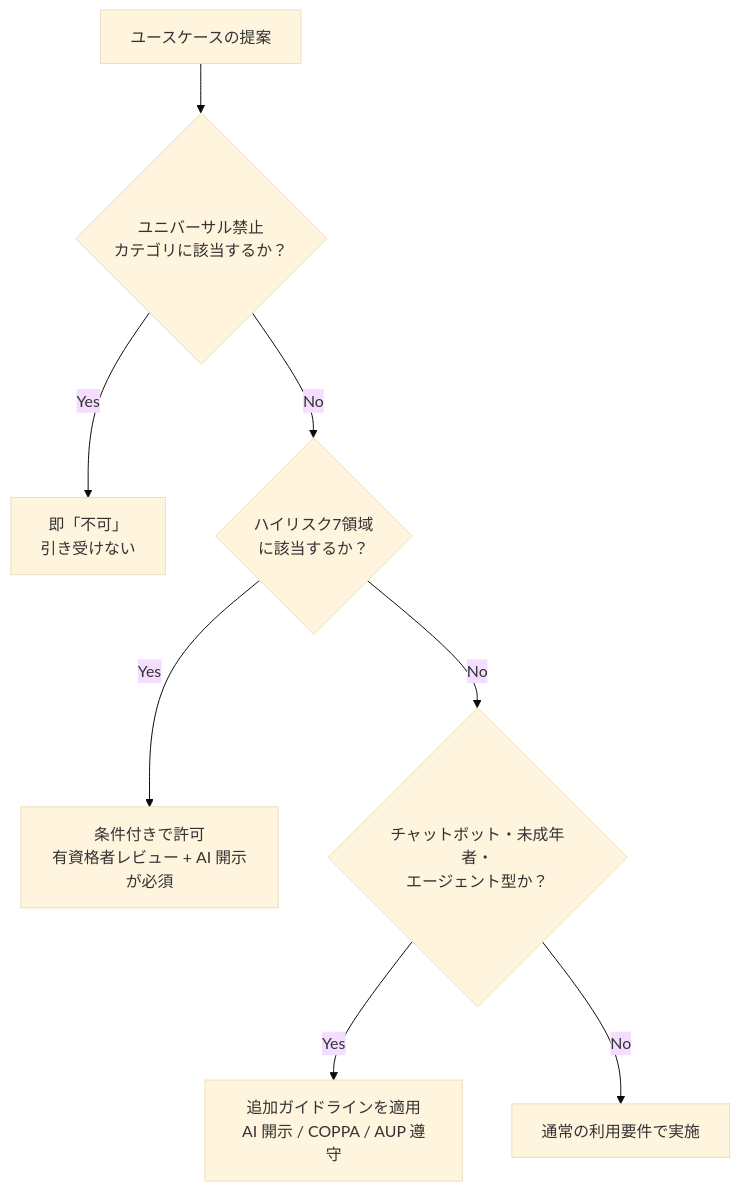
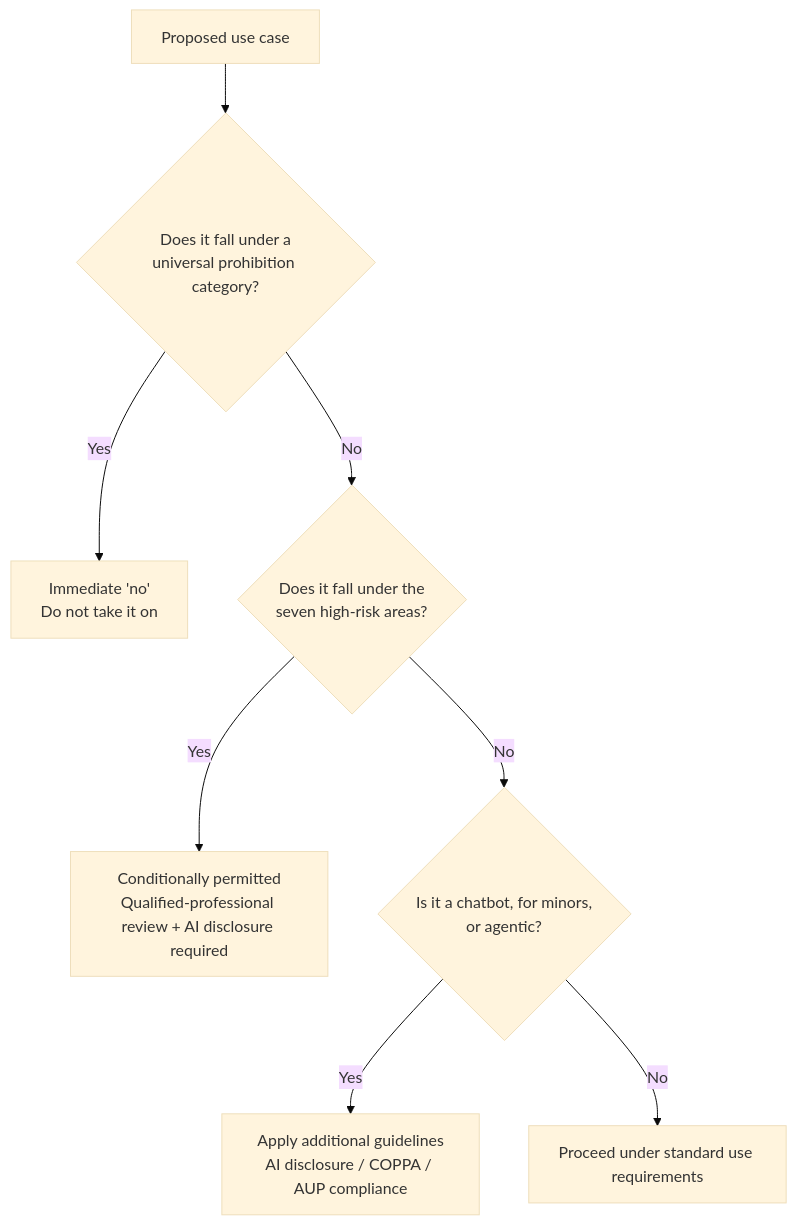
Before and after one commit to AbdullahMufti/ccao-f-guide: diagram 15 of 19 in guide.md, drawn with Mermaid (base theme). The commit also changed other lines of this file and 3 other files, not shown here.

````diff
--- a/guide.md
+++ b/guide.md
@@ -924,10 +930,10 @@
 ```mermaid
 flowchart TD
-    START["ユースケースの提案"] --> Q1{"ユニバーサル禁止<br/>カテゴリに該当するか？"}
-    Q1 -->|"Yes"| NG["即「不可」<br/>引き受けない"]
-    Q1 -->|"No"| Q2{"ハイリスク7領域<br/>に該当するか？"}
-    Q2 -->|"Yes"| HR["条件付きで許可<br/>有資格者レビュー + AI 開示が必須"]
-    Q2 -->|"No"| Q3{"チャットボット・未成年者・<br/>エージェント型か？"}
-    Q3 -->|"Yes"| GL["追加ガイドラインを適用<br/>AI 開示 / COPPA / AUP 遵守"]
-    Q3 -->|"No"| OK["通常の利用要件で実施"]
+    START["Proposed use case"] --> Q1{"Does it fall under a<br/>universal prohibition category?"}
+    Q1 -->|"Yes"| NG["Immediate 'no'<br/>Do not take it on"]
+    Q1 -->|"No"| Q2{"Does it fall under the<br/>seven high-risk areas?"}
+    Q2 -->|"Yes"| HR["Conditionally permitted<br/>Qualified-professional review + AI disclosure required"]
+    Q2 -->|"No"| Q3{"Is it a chatbot, for minors,<br/>or agentic?"}
+    Q3 -->|"Yes"| GL["Apply additional guidelines<br/>AI disclosure / COPPA / AUP compliance"]
+    Q3 -->|"No"| OK["Proceed under standard use requirements"]
 ```
````
